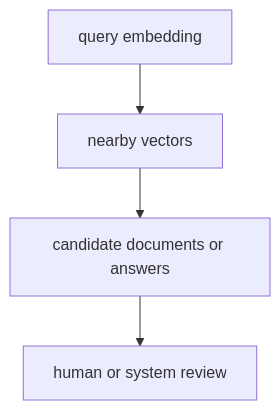
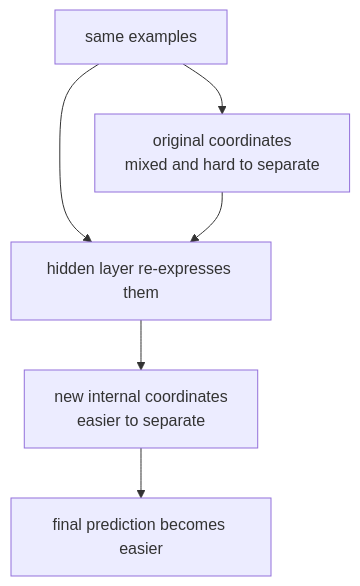
One commit to devchan64/AiBook changed the diagram in docs/parts/part-05/chapter-02/section-02.md. Above: the diagram before and after it, drawn with Mermaid. The commit also changed other lines of this file and 213 other files, not shown here.

````diff
--- a/docs/parts/part-05/chapter-02/section-02.md
+++ b/docs/parts/part-05/chapter-02/section-02.md
@@ -114,11 +88,12 @@
 ```mermaid
 flowchart TD
-  A["query embedding"]
-  B["nearby vectors"]
-  C["candidate documents or answers"]
-  D["human or system review"]
+  A["same examples"]
+  B["original coordinates<br/>mixed and hard to separate"]
+  C["hidden layer re-expresses them"]
+  D["new internal coordinates<br/>easier to separate"]
+  E["final prediction becomes easier"]
 
   A --> B
-  B --> C
-  C --> D
+  A --> C
+  B --> C --> D --> E
 ```
````
